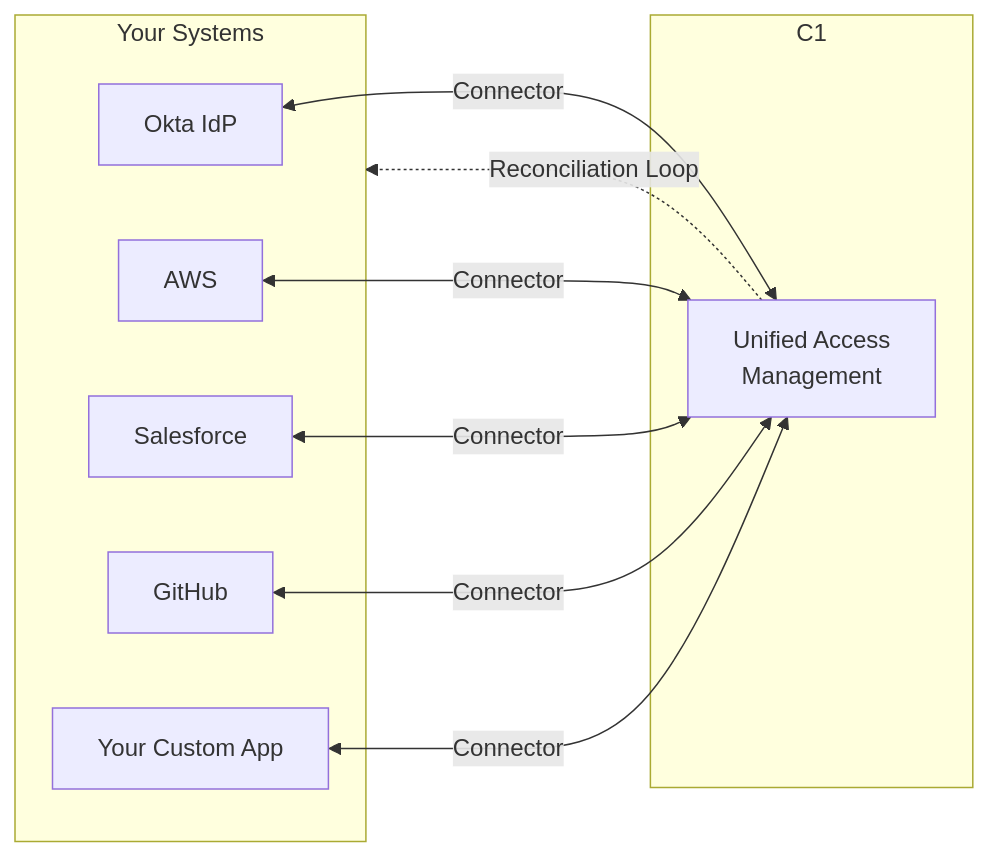
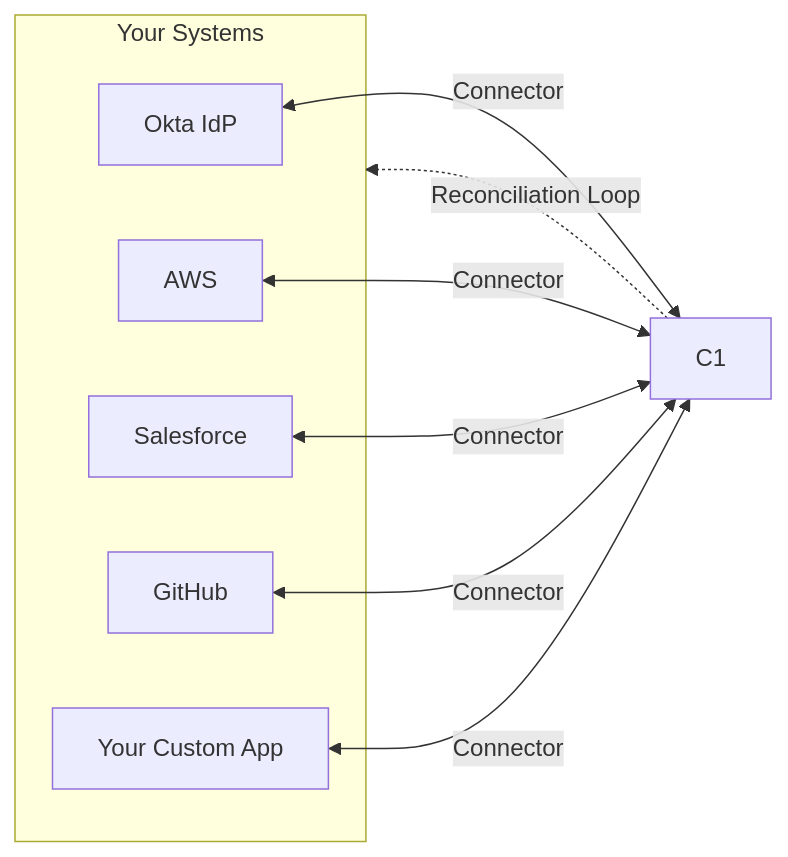
The diagram in developer/intro.mdx (ConductorOne/docs), drawn with Mermaid before and after one commit. The commit also changed other lines of this file and 2 other files, not shown here.

````diff
--- a/developer/intro.mdx
+++ b/developer/intro.mdx
@@ -22,19 +20,17 @@
 ```mermaid
 flowchart LR
     subgraph YourSystems["Your Systems"]
         Okta[Okta IdP]
         AWS[AWS]
         SF[Salesforce]
         GH[GitHub]
         Custom[Your Custom App]
     end
-    subgraph C1["C1"]
-        UAM[Unified Access<br>Management]
-    end
-    Okta <-->|Connector| UAM
-    AWS <-->|Connector| UAM
-    SF <-->|Connector| UAM
-    GH <-->|Connector| UAM
-    Custom <-->|Connector| UAM
-    UAM -.->|Reconciliation Loop| YourSystems
+    C1[C1]
+    Okta <-->|Connector| C1
+    AWS <-->|Connector| C1
+    SF <-->|Connector| C1
+    GH <-->|Connector| C1
+    Custom <-->|Connector| C1
+    C1 -.->|Reconciliation Loop| YourSystems
 ```
````
